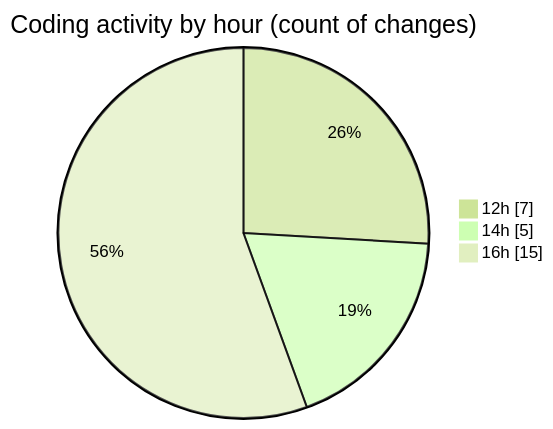
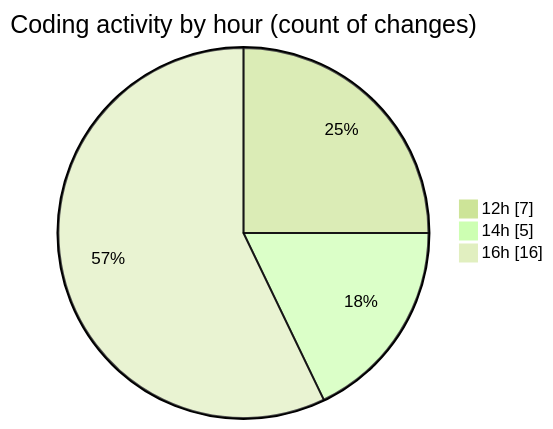
The second of 2 diagrams in 2025-10-06/eventscop-frontend-guide__workspace_/README.md (julien-gomy/code-tracking), drawn with Mermaid (forest theme) before and after one commit. The commit also changed other lines of this file and 1 other file, not shown here.

````diff
--- a/2025-10-06/eventscop-frontend-guide__workspace_/README.md
+++ b/2025-10-06/eventscop-frontend-guide__workspace_/README.md
@@ -39,7 +40,7 @@
 ```mermaid
 pie showData
 title Coding activity by hour (count of changes)
 "12h" : 7
 "14h" : 5
-"16h" : 15
+"16h" : 16
 ```
````
